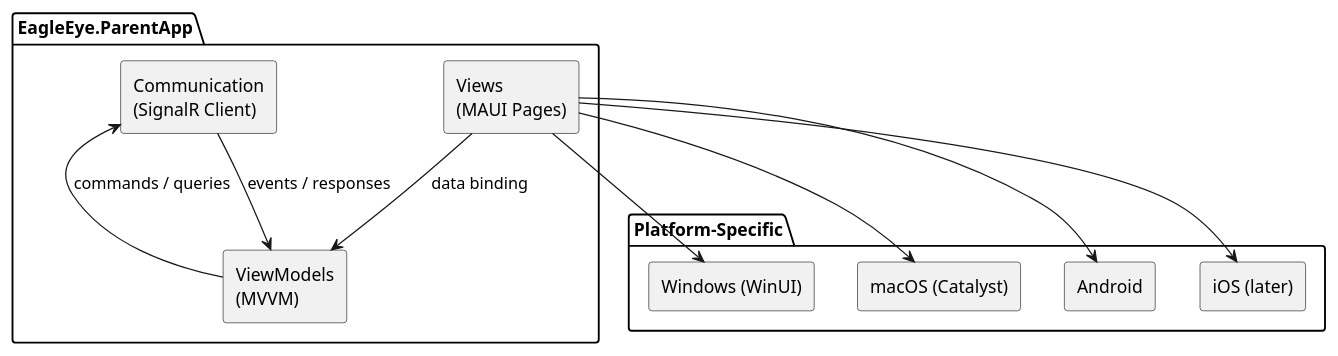
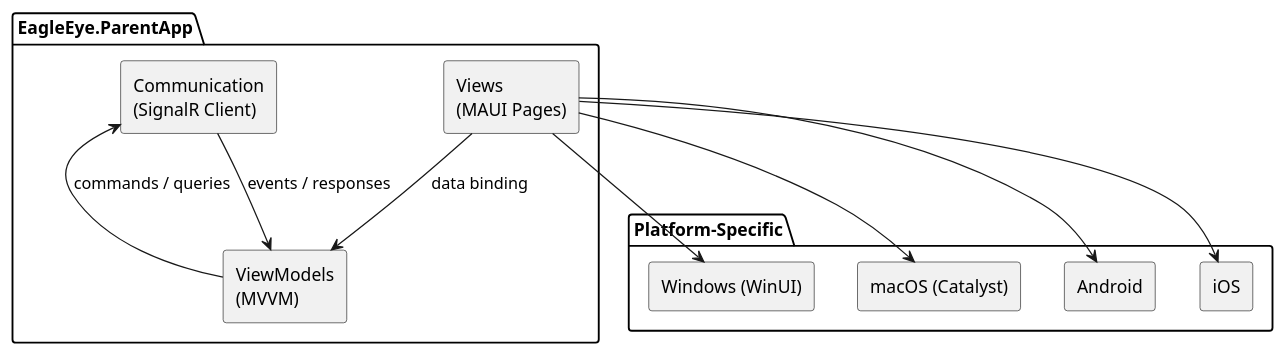
Before and after one commit to adlemich/EagleEye: the seventh of 14 diagrams in 02_Implementation/docs/architecture/arc42/system-architecture.md, drawn with PlantUML. The commit also changed other lines of this file and 13 other files, not shown here.

````diff
--- a/02_Implementation/docs/architecture/arc42/system-architecture.md
+++ b/02_Implementation/docs/architecture/arc42/system-architecture.md
@@ -368,26 +368,26 @@
 ```plantuml
 @startuml EagleEye ParentApp Level 2
 skinparam componentStyle rectangle
 
 package "EagleEye.ParentApp" {
   component [Communication\n(SignalR Client)] as PA_COMM
   component [ViewModels\n(MVVM)] as PA_VM
   component [Views\n(MAUI Pages)] as PA_VIEWS
 }
 
 package "Platform-Specific" {
   component [Windows (WinUI)] as WIN
   component [macOS (Catalyst)] as MAC
   component [Android] as AND
-  component [iOS (later)] as IOS
+  component [iOS] as IOS
 }
 
 PA_VIEWS --> PA_VM : data binding
 PA_VM --> PA_COMM : commands / queries
 PA_COMM --> PA_VM : events / responses
 PA_VIEWS --> WIN
 PA_VIEWS --> MAC
 PA_VIEWS --> AND
 PA_VIEWS --> IOS
 @enduml
 ```
````
